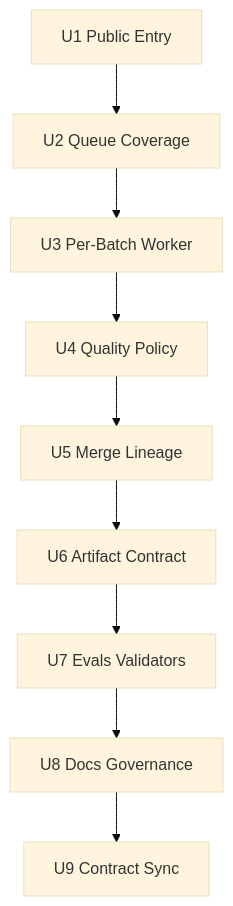
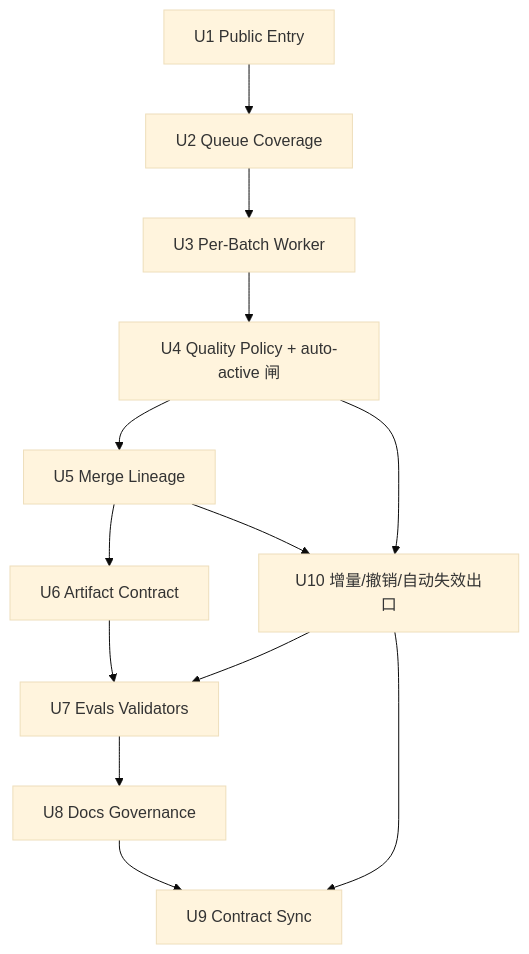
Before and after one commit to sunrain520/ai-engineering-standards: the second of 2 diagrams in docs/plans/2026-06-01-002-feat-output-artifact-contract-and-full-auto-plan.md, drawn with Mermaid (base theme). The commit also changed other lines of this file and 2 other files, not shown here.

````diff
--- a/docs/plans/2026-06-01-002-feat-output-artifact-contract-and-full-auto-plan.md
+++ b/docs/plans/2026-06-01-002-feat-output-artifact-contract-and-full-auto-plan.md
@@ -251,11 +269,15 @@
 ```mermaid
 flowchart TB
   U1[U1 Public Entry] --> U2[U2 Queue Coverage]
   U2 --> U3[U3 Per-Batch Worker]
-  U3 --> U4[U4 Quality Policy]
+  U3 --> U4[U4 Quality Policy + auto-active 闸]
   U4 --> U5[U5 Merge Lineage]
   U5 --> U6[U6 Artifact Contract]
+  U5 --> U10[U10 增量/撤销/自动失效出口]
+  U4 --> U10
   U6 --> U7[U7 Evals Validators]
+  U10 --> U7
   U7 --> U8[U8 Docs Governance]
   U8 --> U9[U9 Contract Sync]
+  U10 --> U9
 ```
````
